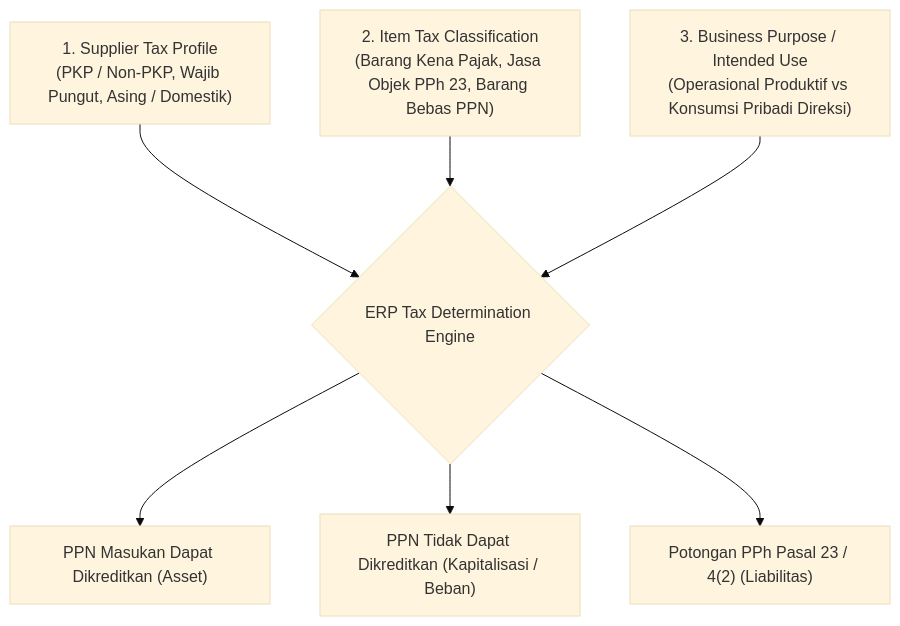
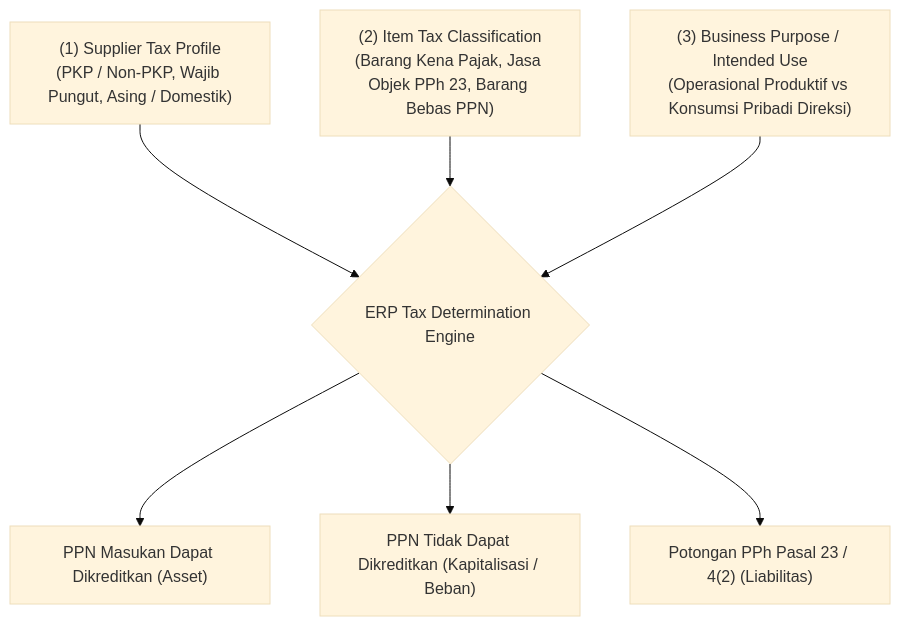
One commit to alimurrofid/erp-notes changed the diagram in content/04-purchasing/purchase-tax.md. Above: the diagram before and after it, drawn with Mermaid (base theme). The commit also changed 132 other files, not shown here.

````diff
--- a/content/04-purchasing/purchase-tax.md
+++ b/content/04-purchasing/purchase-tax.md
@@ -33,15 +33,15 @@
 ```mermaid
 flowchart TD
-    Supp["1. Supplier Tax Profile<br/>(PKP / Non-PKP, Wajib Pungut, Asing / Domestik)"]
+    Supp["(1) Supplier Tax Profile<br/>(PKP / Non-PKP, Wajib Pungut, Asing / Domestik)"]
     --> Engine{"ERP Tax Determination Engine"}
 
-    Item["2. Item Tax Classification<br/>(Barang Kena Pajak, Jasa Objek PPh 23, Barang Bebas PPN)"]
+    Item["(2) Item Tax Classification<br/>(Barang Kena Pajak, Jasa Objek PPh 23, Barang Bebas PPN)"]
     --> Engine
 
-    Use["3. Business Purpose / Intended Use<br/>(Operasional Produktif vs Konsumsi Pribadi Direksi)"]
+    Use["(3) Business Purpose / Intended Use<br/>(Operasional Produktif vs Konsumsi Pribadi Direksi)"]
     --> Engine
 
     Engine --> Out1["PPN Masukan Dapat Dikreditkan (Asset)"]
     Engine --> Out2["PPN Tidak Dapat Dikreditkan (Kapitalisasi / Beban)"]
     Engine --> Out3["Potongan PPh Pasal 23 / 4(2) (Liabilitas)"]
 ```
````
